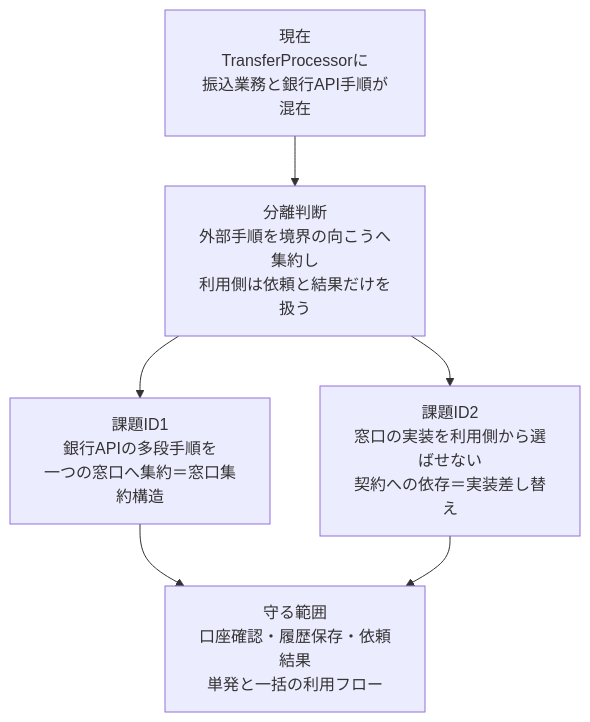
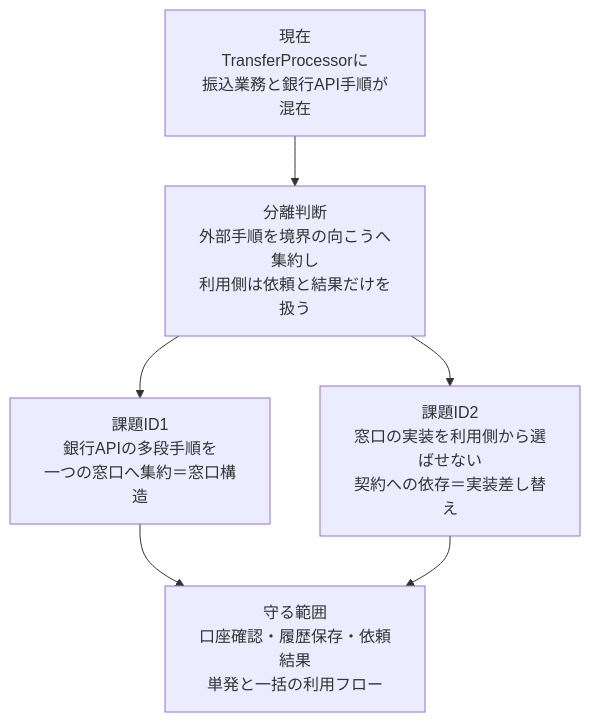
One commit to kumachan1101-pixel/DesignPattern changed the seventh of 17 diagrams in kindle/design-patterns/output/chapter02.md. Above: the diagram before and after it, drawn with Mermaid. The commit also changed other lines of this file and 28 other files, not shown here.

Commit message:
docs: simplify phase 6 design flow

````diff
--- a/kindle/design-patterns/output/chapter02.md
+++ b/kindle/design-patterns/output/chapter02.md
@@ -1519,8 +1533,8 @@
 ```mermaid
 flowchart TB
     A[現在<br/>TransferProcessorに<br/>振込業務と銀行API手順が混在] --> B[分離判断<br/>外部手順を境界の向こうへ集約し<br/>利用側は依頼と結果だけを扱う]
-    B --> C[課題ID1<br/>銀行APIの多段手順を<br/>一つの窓口へ集約＝窓口集約構造]
+    B --> C[課題ID1<br/>銀行APIの多段手順を<br/>一つの窓口へ集約＝窓口構造]
     B --> D[課題ID2<br/>窓口の実装を利用側から選ばせない<br/>契約への依存＝実装差し替え]
     C --> E[守る範囲<br/>口座確認・履歴保存・依頼結果<br/>単発と一括の利用フロー]
     D --> E
 ```
````
